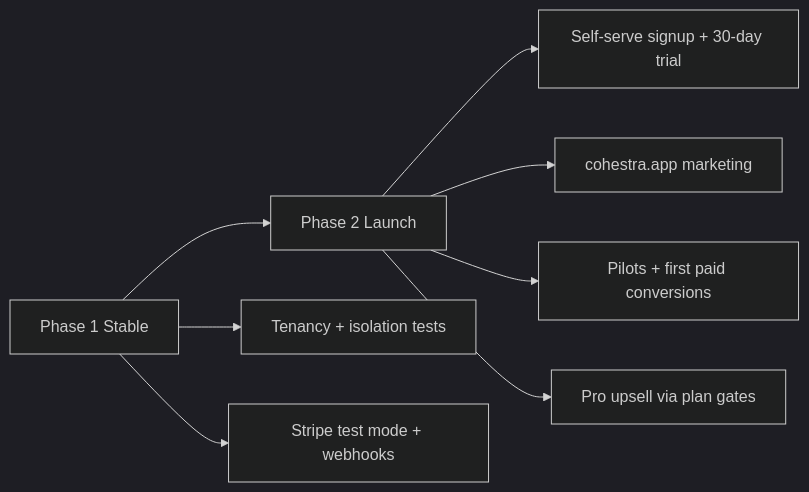
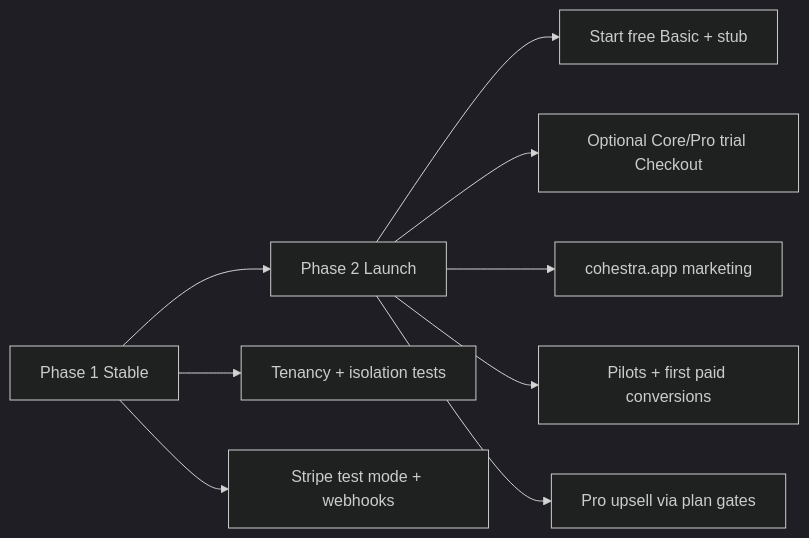
Before and after one commit to fad16papa/Cohestra: the diagram in _bmad-output/planning-artifacts/prds/prd-cohestra-enterprise-2026-07-15/prd.md, drawn with Mermaid (dark theme). The commit also changed other lines of this file, not shown here.

First line of the commit message:
docs(prd): ratify M4 — align launch path to Basic-first freemium

````diff
--- a/_bmad-output/planning-artifacts/prds/prd-cohestra-enterprise-2026-07-15/prd.md
+++ b/_bmad-output/planning-artifacts/prds/prd-cohestra-enterprise-2026-07-15/prd.md
@@ -762,10 +763,11 @@
 ```mermaid
 flowchart LR
   P1[Phase 1 Stable] --> P2[Phase 2 Launch]
   P1 --> T[Tenancy + isolation tests]
   P1 --> Stripe[Stripe test mode + webhooks]
-  P2 --> S[Self-serve signup + 30-day trial]
+  P2 --> B[Start free Basic + stub]
+  P2 --> S[Optional Core/Pro trial Checkout]
   P2 --> M[cohestra.app marketing]
   P2 --> P[Pilots + first paid conversions]
   P2 --> Pro[Pro upsell via plan gates]
 ```
````
